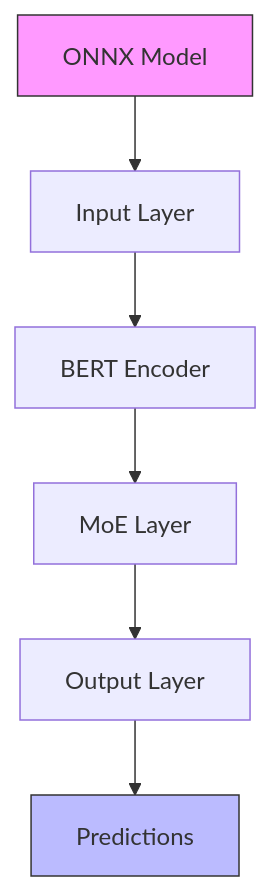
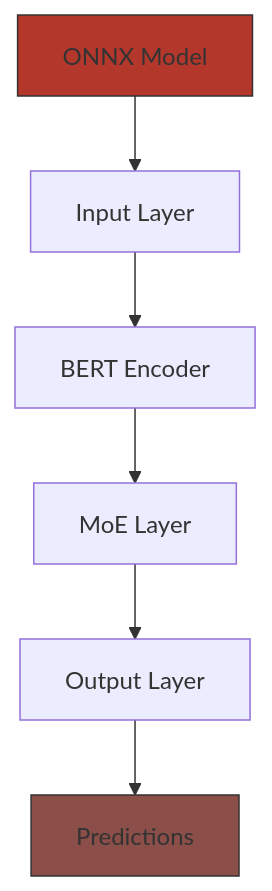
Before and after one commit to lightspeed001/pytorch_moe_bert: the diagram in design_docs/moe_model/onnx/diagram(1).mmd, drawn with Mermaid. The commit also changed 3 other files, not shown here.

```diff
--- a/design_docs/moe_model/onnx/diagram(1).mmd
+++ b/design_docs/moe_model/onnx/diagram(1).mmd
@@ -1,9 +1,9 @@
 graph TD
     A[ONNX Model] --> B[Input Layer]
     B --> C[BERT Encoder]
     C --> D[MoE Layer]
     D --> E[Output Layer]
     E --> F[Predictions]
 
-    style A fill:#f9f,stroke:#333
-    style F fill:#bbf,stroke:#333
+    style A fill:#B3372B,stroke:#333
+    style F fill:#8C4E48,stroke:#333
```
